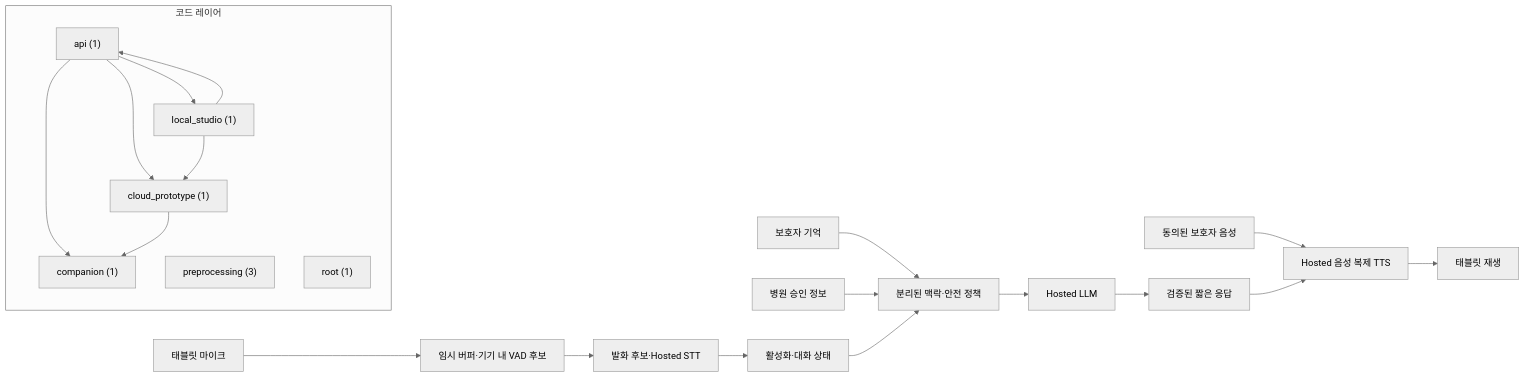
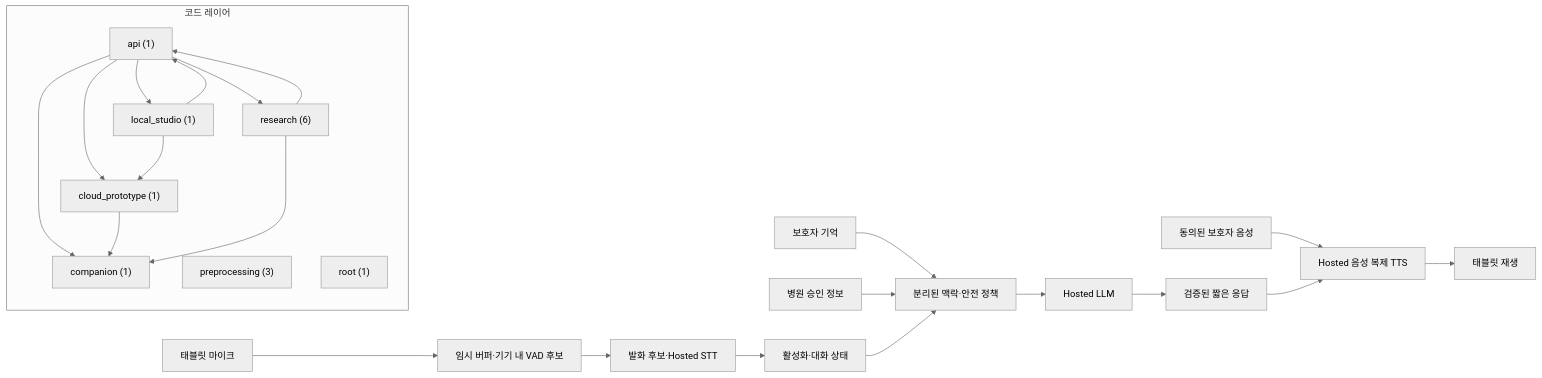
Before and after one commit to GracieRho/KoF5-TTS-delirium: the diagram in architecture/generated/project-map.md, drawn with Mermaid (neutral theme). The commit also changed other lines of this file and 8 other files, not shown here.

````diff
--- a/architecture/generated/project-map.md
+++ b/architecture/generated/project-map.md
@@ -5,29 +5,33 @@
 ```mermaid
 flowchart LR
   mic["태블릿 마이크"] --> vad["임시 버퍼·기기 내 VAD 후보"]
   vad --> stt["발화 후보·Hosted STT"]
   stt --> activation["활성화·대화 상태"]
   family["보호자 기억"] --> context["분리된 맥락·안전 정책"]
   hospital["병원 승인 정보"] --> context
   activation --> context
   context --> llm["Hosted LLM"]
   llm --> response["검증된 짧은 응답"]
   guardian["동의된 보호자 음성"] --> voice["Hosted 음성 복제 TTS"]
   response --> voice
   voice --> tablet["태블릿 재생"]
 
   subgraph code["코드 레이어"]
     layer_api["api (1)"]
     layer_cloud_prototype["cloud_prototype (1)"]
     layer_companion["companion (1)"]
     layer_local_studio["local_studio (1)"]
     layer_preprocessing["preprocessing (3)"]
+    layer_research["research (6)"]
     layer_root["root (1)"]
     layer_api --> layer_cloud_prototype
     layer_api --> layer_companion
     layer_api --> layer_local_studio
+    layer_api --> layer_research
     layer_cloud_prototype --> layer_companion
     layer_local_studio --> layer_api
     layer_local_studio --> layer_cloud_prototype
+    layer_research --> layer_api
+    layer_research --> layer_companion
   end
 ```
````
